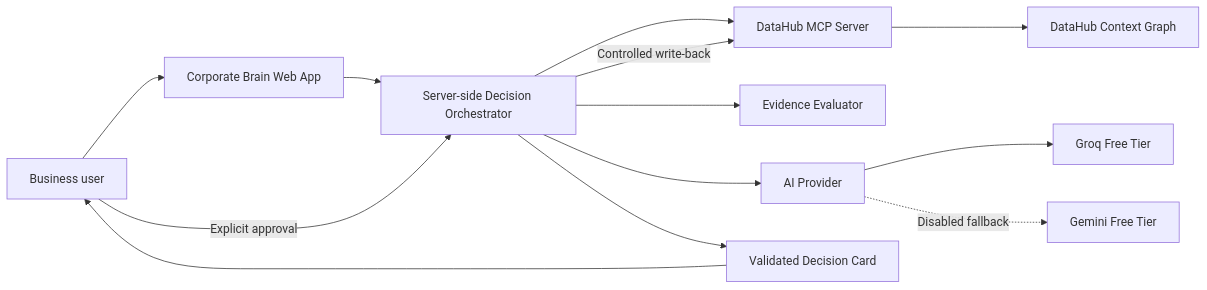
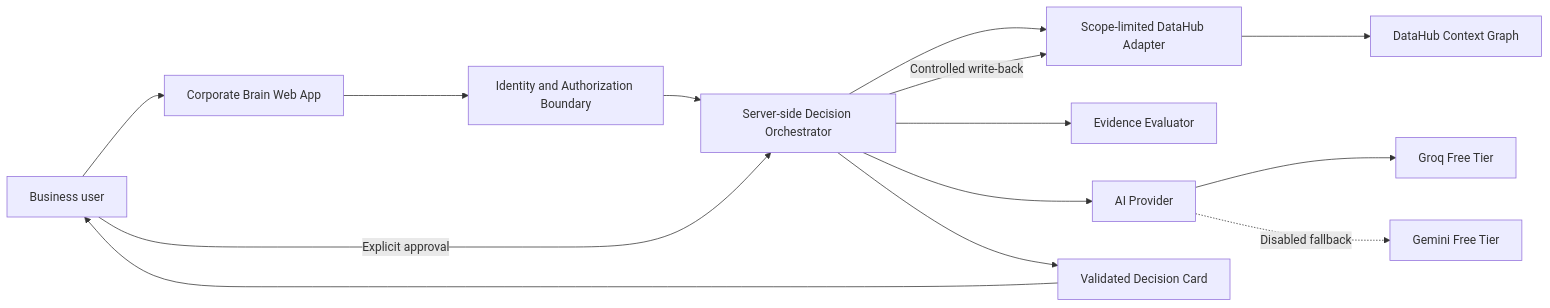
Before and after one commit to natalia15155-bit/corporate-brain: the first of 3 diagrams in ARCHITECTURE.md, drawn with Mermaid. The commit also changed other lines of this file and 11 other files, not shown here.

````diff
--- a/ARCHITECTURE.md
+++ b/ARCHITECTURE.md
@@ -11,15 +11,16 @@
 ```mermaid
 flowchart LR
     USER["Business user"] --> WEB["Corporate Brain Web App"]
-    WEB --> SERVER["Server-side Decision Orchestrator"]
-    SERVER --> DH["DataHub MCP Server"]
+    WEB --> AUTHZ["Identity and Authorization Boundary"]
+    AUTHZ --> SERVER["Server-side Decision Orchestrator"]
+    SERVER --> DH["Scope-limited DataHub Adapter"]
     DH --> GRAPH["DataHub Context Graph"]
     SERVER --> RULES["Evidence Evaluator"]
     SERVER --> AI["AI Provider"]
     AI --> GROQ["Groq Free Tier"]
     AI -. "Disabled fallback" .-> GEMINI["Gemini Free Tier"]
     SERVER --> OUTPUT["Validated Decision Card"]
     OUTPUT --> USER
     USER -->|"Explicit approval"| SERVER
     SERVER -->|"Controlled write-back"| DH
 ```
````
